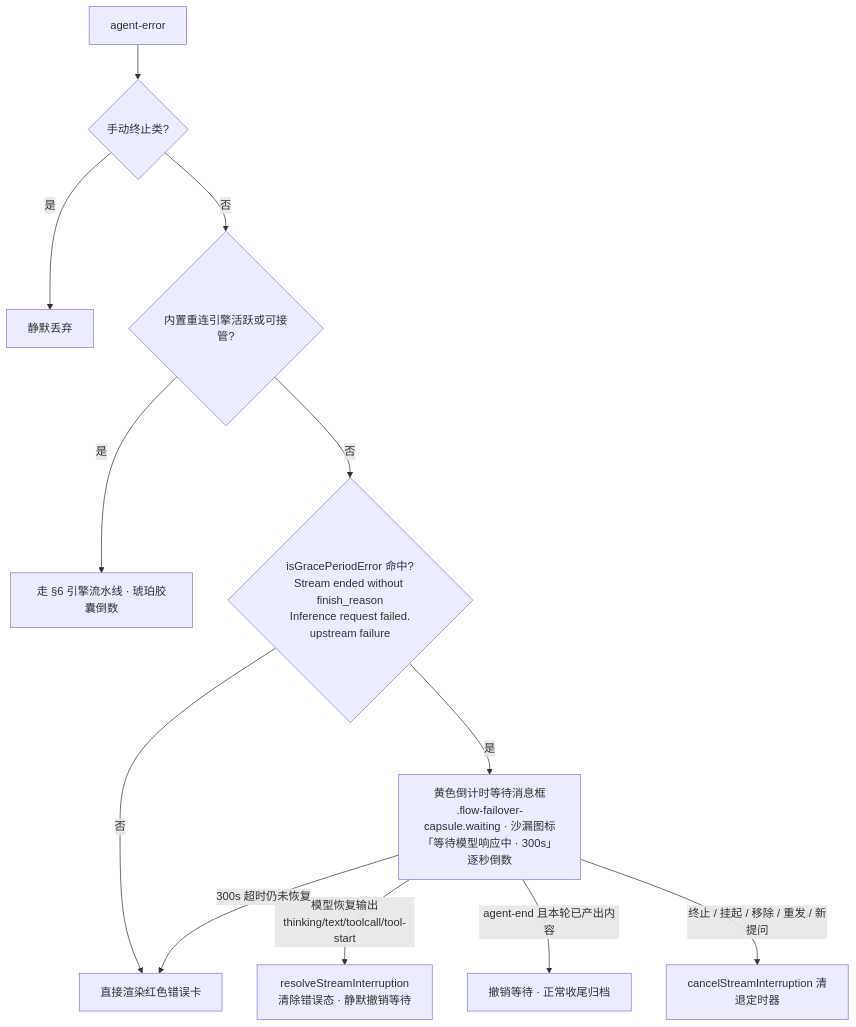
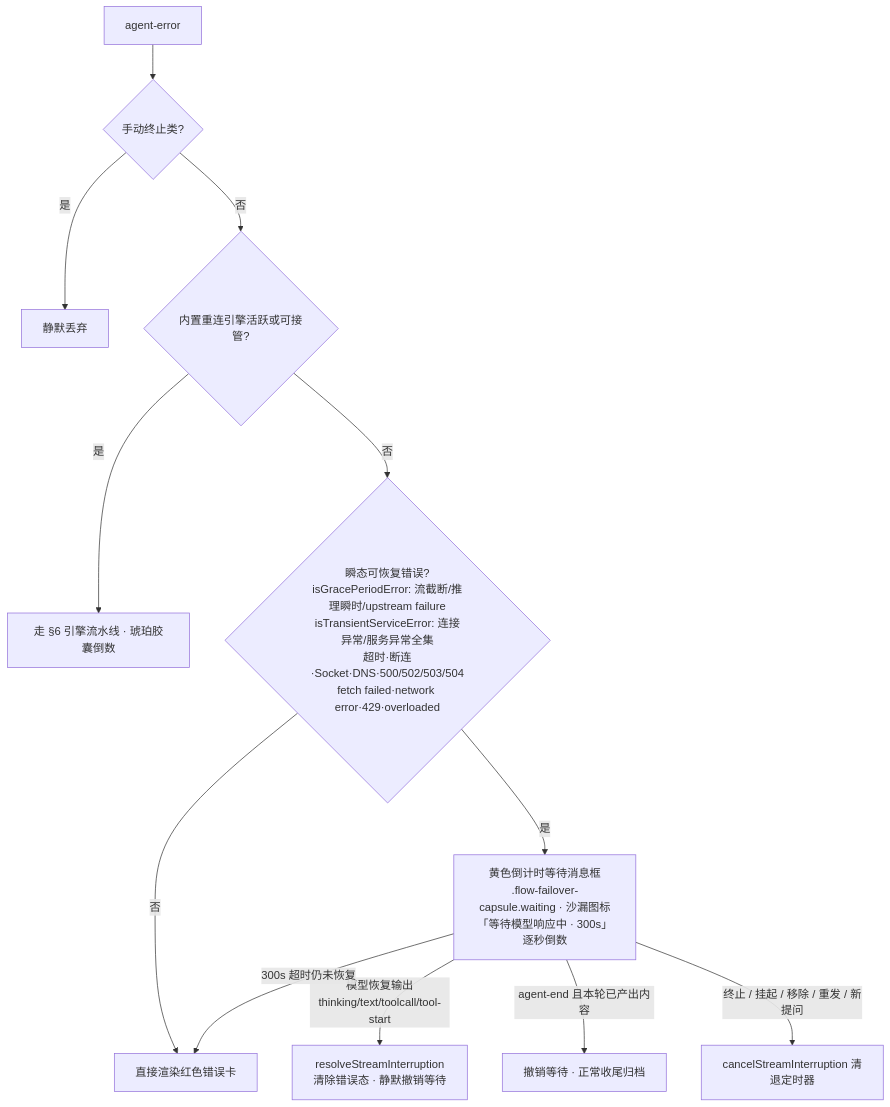
One commit to jiangyinluwei/pi-desktop-lite changed the second of 2 diagrams in .agents/skills/flow-interaction-pattern/SKILL.md. Above: the diagram before and after it, drawn with Mermaid. The commit also changed other lines of this file and 7 other files, not shown here.

Commit message:
feat: add flow stream, pipeline, and task manager modules with expanded stream-interruption grace period handling

````diff
--- a/.agents/skills/flow-interaction-pattern/SKILL.md
+++ b/.agents/skills/flow-interaction-pattern/SKILL.md
@@ -183,14 +183,14 @@
 ```mermaid
 flowchart TD
     Err[agent-error] --> Abort{手动终止类?}
     Abort -->|是| Drop[静默丢弃]
     Abort -->|否| Engine{内置重连引擎活跃或可接管?}
     Engine -->|是| Failover[走 §6 引擎流水线 · 琥珀胶囊倒数]
-    Engine -->|否| Stream{isGracePeriodError 命中?<br/>Stream ended without finish_reason<br/>Inference request failed.<br/>upstream failure}
+    Engine -->|否| Stream{瞬态可恢复错误?<br/>isGracePeriodError: 流截断/推理瞬时/upstream failure<br/>isTransientServiceError: 连接异常/服务异常全集<br/>超时·断连·Socket·DNS·500/502/503/504<br/>fetch failed·network error·429·overloaded}
     Stream -->|否| Red[直接渲染红色错误卡]
     Stream -->|是| Yellow[黄色倒计时等待消息框<br/>.flow-failover-capsule.waiting · 沙漏图标<br/>「等待模型响应中 · 300s」逐秒倒数]
     Yellow -->|模型恢复输出<br/>thinking/text/toolcall/tool-start| Recover[resolveStreamInterruption<br/>清除错误态 · 静默撤销等待]
     Yellow -->|agent-end 且本轮已产出内容| Normal[撤销等待 · 正常收尾归档]
     Yellow -->|终止 / 挂起 / 移除 / 重发 / 新提问| Cancel[cancelStreamInterruption 清退定时器]
     Yellow -->|300s 超时仍未恢复| Red
 ```
````
